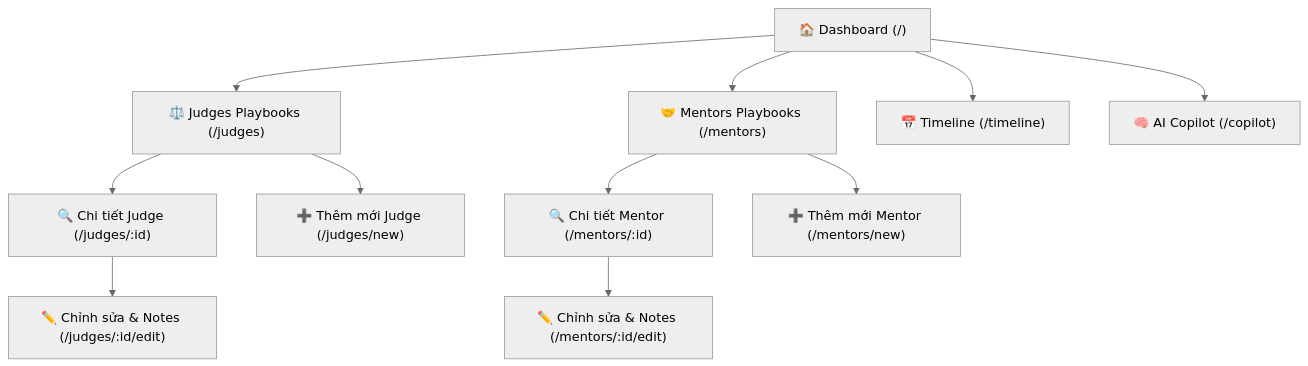
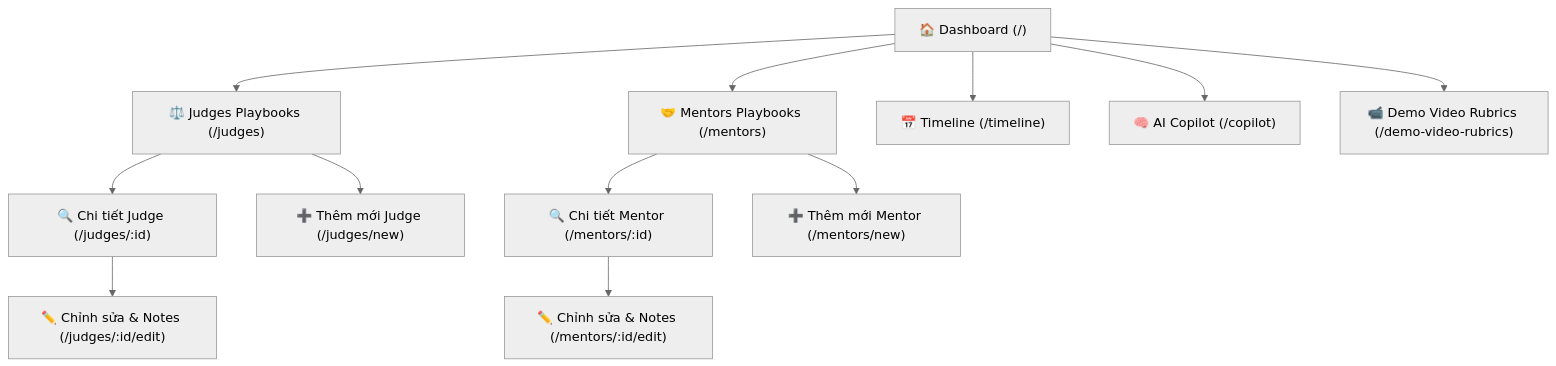
The diagram in Requirements/A4_Sitemap.md (hongdang023/Hackathon), drawn with Mermaid (neutral theme) before and after one commit. The commit also changed other lines of this file and 8 other files, not shown here.

Commit message:
docs & web: add A6 Demo Video Rubrics navitem and implementation

````diff
--- a/Requirements/A4_Sitemap.md
+++ b/Requirements/A4_Sitemap.md
@@ -9,15 +9,16 @@
 ```mermaid
 graph TD
     Home["🏠 Dashboard (/)"] --> JudgesPlaybookList["⚖️ Judges Playbooks (/judges)"]
     Home --> MentorsPlaybookList["🤝 Mentors Playbooks (/mentors)"]
     Home --> TimelinePage["📅 Timeline (/timeline)"]
     Home --> CopilotPage["🧠 AI Copilot (/copilot)"]
+    Home --> VideoRubricsPage["📹 Demo Video Rubrics (/demo-video-rubrics)"]
 
     JudgesPlaybookList --> JudgeDetail["🔍 Chi tiết Judge (/judges/:id)"]
     JudgesPlaybookList --> JudgeAdd["➕ Thêm mới Judge (/judges/new)"]
     JudgeDetail --> JudgeEdit["✏️ Chỉnh sửa & Notes (/judges/:id/edit)"]
 
     MentorsPlaybookList --> MentorDetail["🔍 Chi tiết Mentor (/mentors/:id)"]
     MentorsPlaybookList --> MentorAdd["➕ Thêm mới Mentor (/mentors/new)"]
     MentorDetail --> MentorEdit["✏️ Chỉnh sửa & Notes (/mentors/:id/edit)"]
 ```
````
